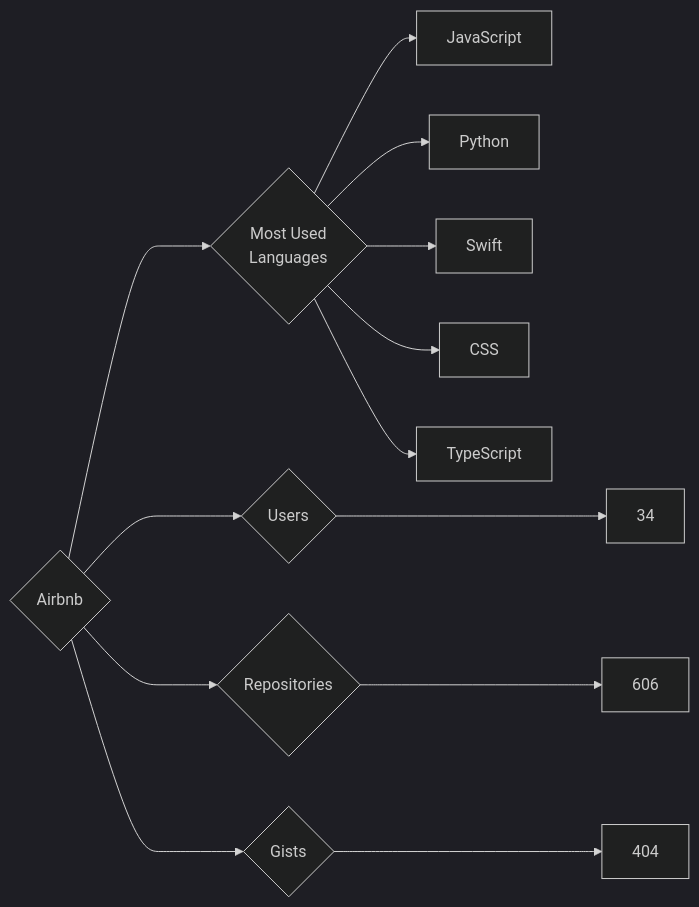
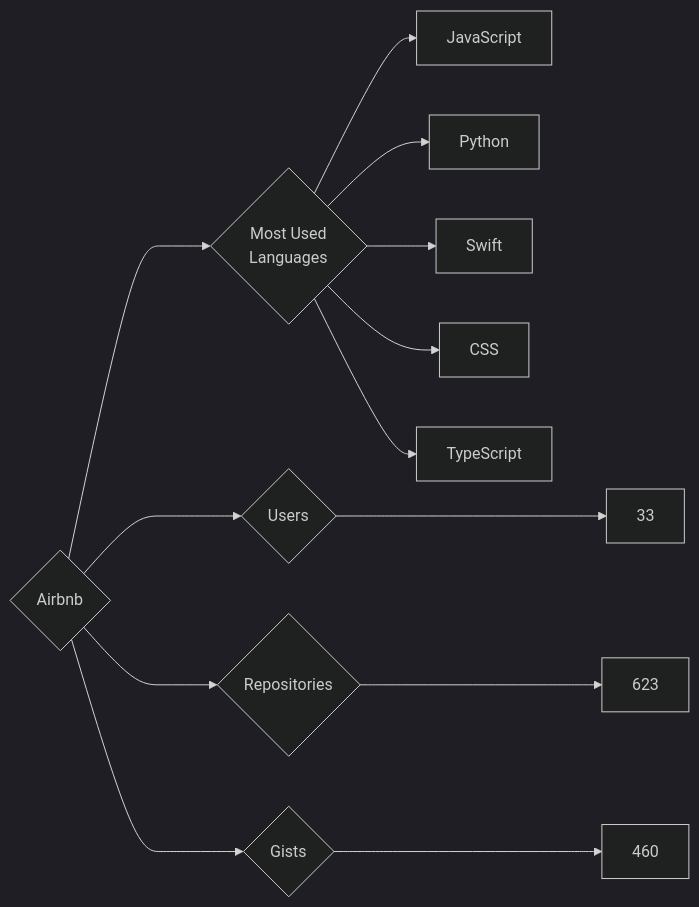
The diagram in targets/Airbnb/README.md (trickest/insiders), drawn with Mermaid (dark theme) before and after one commit. The commit also changed 682 other files, not shown here.

````diff
--- a/targets/Airbnb/README.md
+++ b/targets/Airbnb/README.md
@@ -3,13 +3,13 @@
 ```mermaid
 graph LR
 COMPANY_NAME{Airbnb}
-COMPANY_NAME ---> U{Users} ---> UN[34]
-COMPANY_NAME ---> R{Repositories} ---> RN[606]
-COMPANY_NAME ---> G{Gists} ---> GN[404]
+COMPANY_NAME ---> U{Users} ---> UN[33]
+COMPANY_NAME ---> R{Repositories} ---> RN[623]
+COMPANY_NAME ---> G{Gists} ---> GN[460]
 COMPANY_NAME ---> ML{Most Used<br>Languages}
 ML --> JavaScript[JavaScript]
 ML --> Python[Python]
 ML --> Swift[Swift]
 ML --> CSS[CSS]
 ML --> TypeScript[TypeScript]
 ```
````
